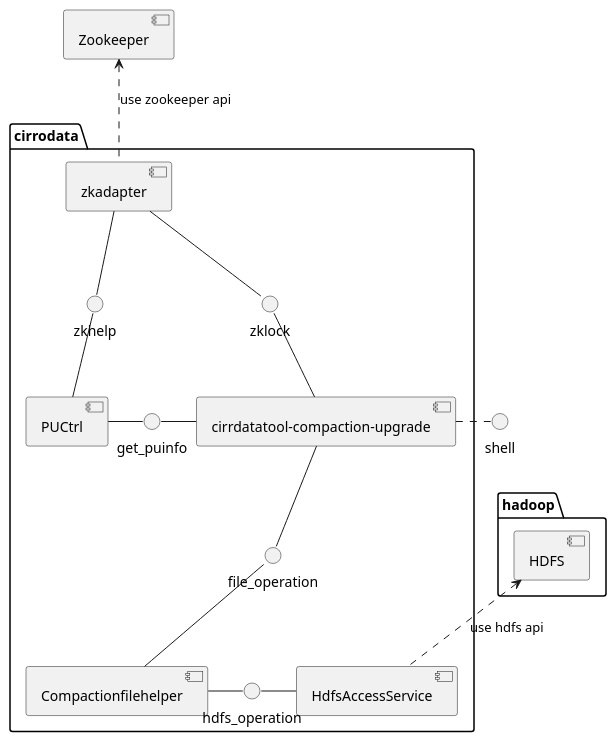
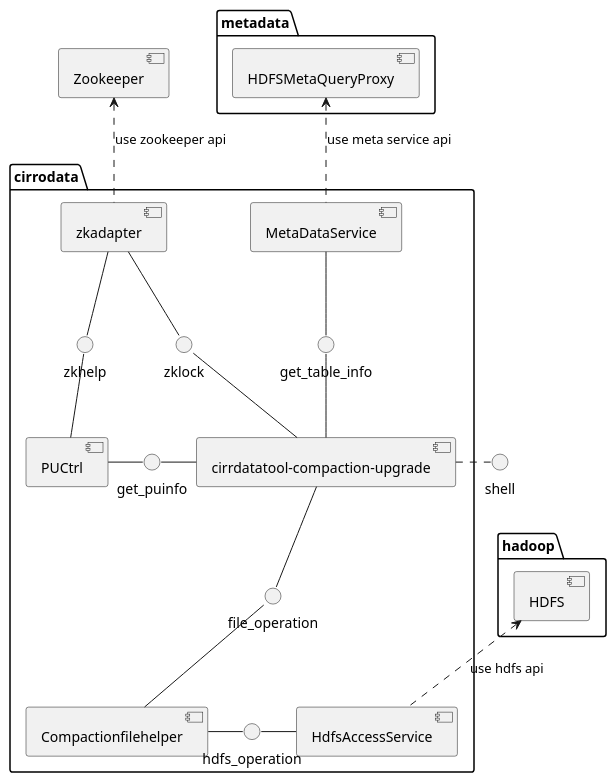
Diagram 17 of 24 in 东方国信工作资料/compaction/Compaction任务升级方案.md (HarpsealCC/note), drawn with PlantUML before and after one commit. The commit also changed other lines of this file, not shown here.

````diff
--- a/东方国信工作资料/compaction/Compaction任务升级方案.md
+++ b/东方国信工作资料/compaction/Compaction任务升级方案.md
@@ -455,29 +462,35 @@
 ```plantuml
 @startuml
 package "cirrodata" {
 [cirrdatatool-compaction-upgrade] as upgrade
 [PUCtrl] as PUCtrl
 [Compactionfilehelper] as filehelper
 [zkadapter] as zkadapter
 [HdfsAccessService] as hdfsa
+[MetaDataService] as metaservice
 hdfs_operation - hdfsa  
 filehelper - hdfs_operation
 upgrade -- file_operation
 file_operation -- filehelper
 get_puinfo - upgrade
 PUCtrl - get_puinfo
 zkhelp -- PUCtrl
 zkadapter -- zkhelp 
 zkadapter -- zklock
 zklock -- upgrade
+metaservice -- get_table_info
+get_table_info -- upgrade
 }
 package "hadoop" {
 [HDFS] as hdfs
 }
-
+package "metadata" {
+[HDFSMetaQueryProxy] as	Meta
+}
 [Zookeeper] as zookeeper
 hdfs <.. hdfsa :use hdfs api
 zookeeper <.. zkadapter :use zookeeper api
+Meta <.. metaservice: use meta service api
 upgrade . shell
 @endum
 ```
````
